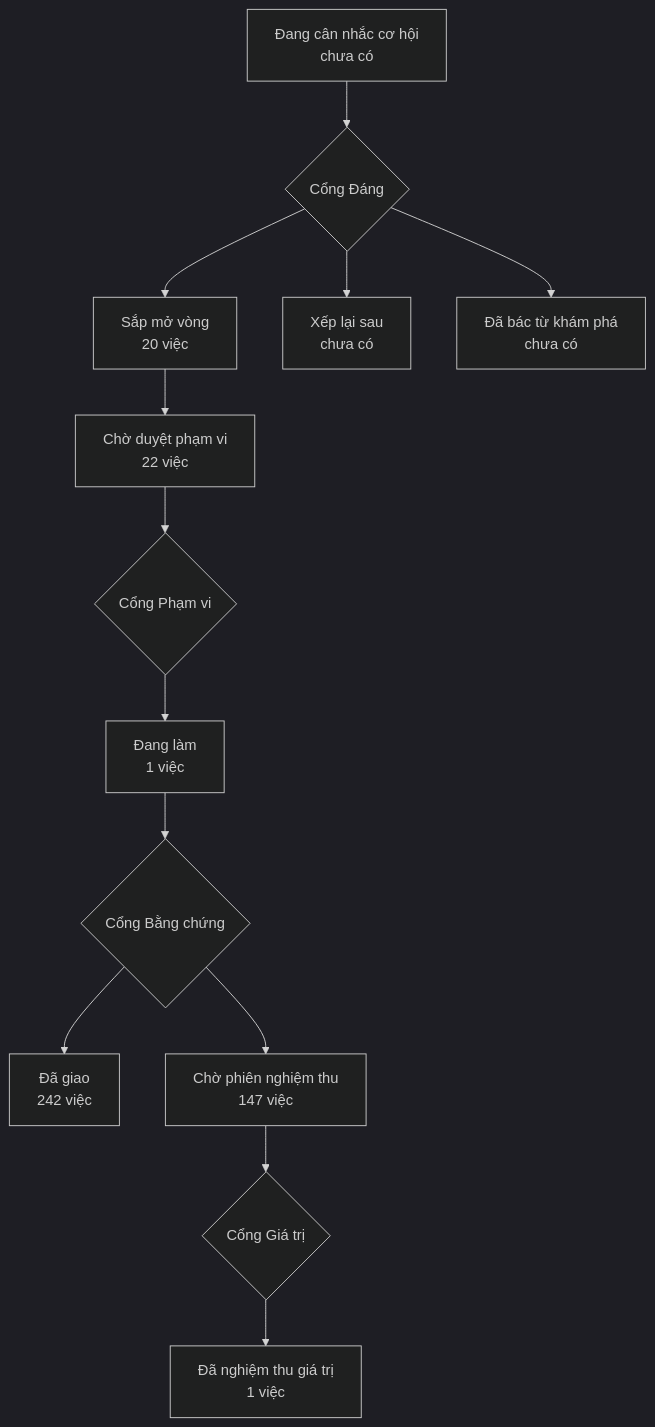
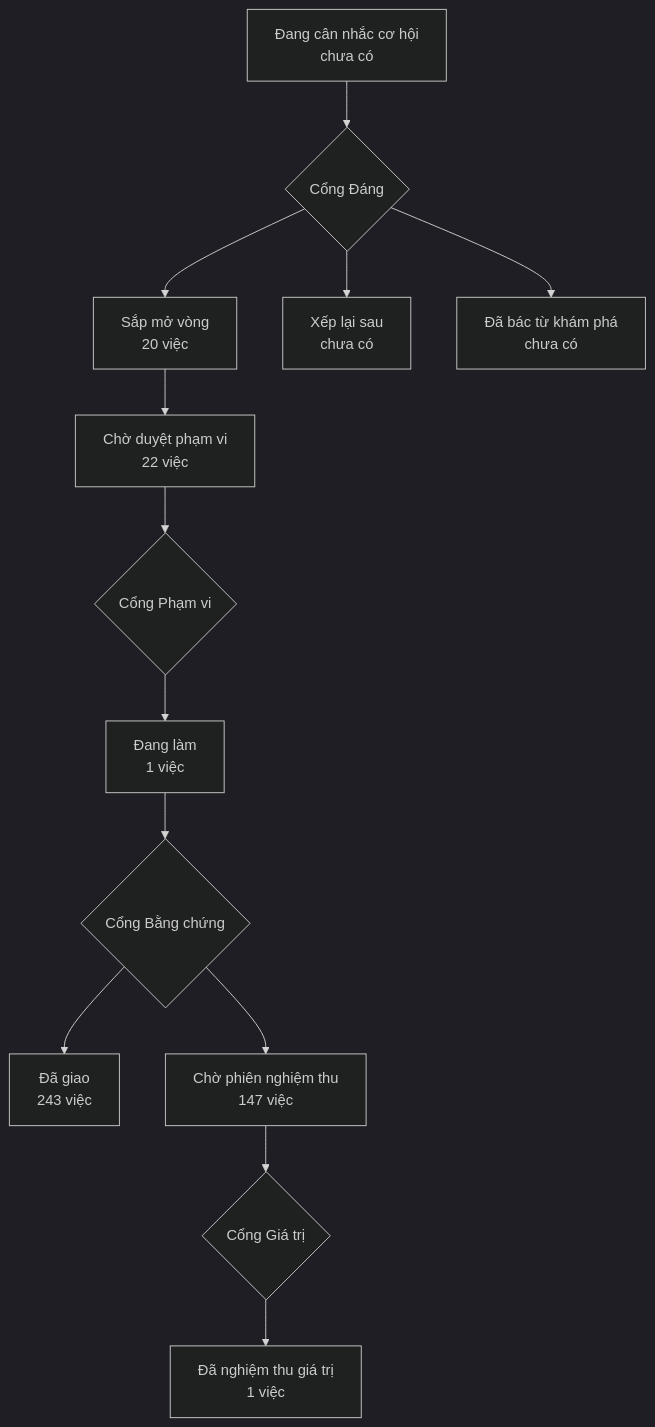
One commit to phanlemanh/onehub-invest changed the diagram in PRODUCT-MAP.md. Above: the diagram before and after it, drawn with Mermaid (dark theme). The commit also changed other lines of this file and 1 other file, not shown here.

Commit message:
chore(map): sinh lại PRODUCT-MAP, LO-TRINH sau gộp main (danh-ba-ops-gop-cau-s16-va-nhan)

````diff
--- a/PRODUCT-MAP.md
+++ b/PRODUCT-MAP.md
@@ -7,12 +7,12 @@
 ```mermaid
 flowchart TD
   A["Đang cân nhắc cơ hội<br/>chưa có"] --> GD{"Cổng Đáng"}
   GD --> B["Sắp mở vòng<br/>20 việc"]
   GD --> XL["Xếp lại sau<br/>chưa có"]
   GD --> DB["Đã bác từ khám phá<br/>chưa có"]
   B --> CD["Chờ duyệt phạm vi<br/>22 việc"] --> GP{"Cổng Phạm vi"}
   GP --> DL["Đang làm<br/>1 việc"] --> GB{"Cổng Bằng chứng"}
-  GB --> DG["Đã giao<br/>242 việc"]
+  GB --> DG["Đã giao<br/>243 việc"]
   GB --> CN["Chờ phiên nghiệm thu<br/>147 việc"] --> GG{"Cổng Giá trị"}
   GG --> NT["Đã nghiệm thu giá trị<br/>1 việc"]
 ```
````
